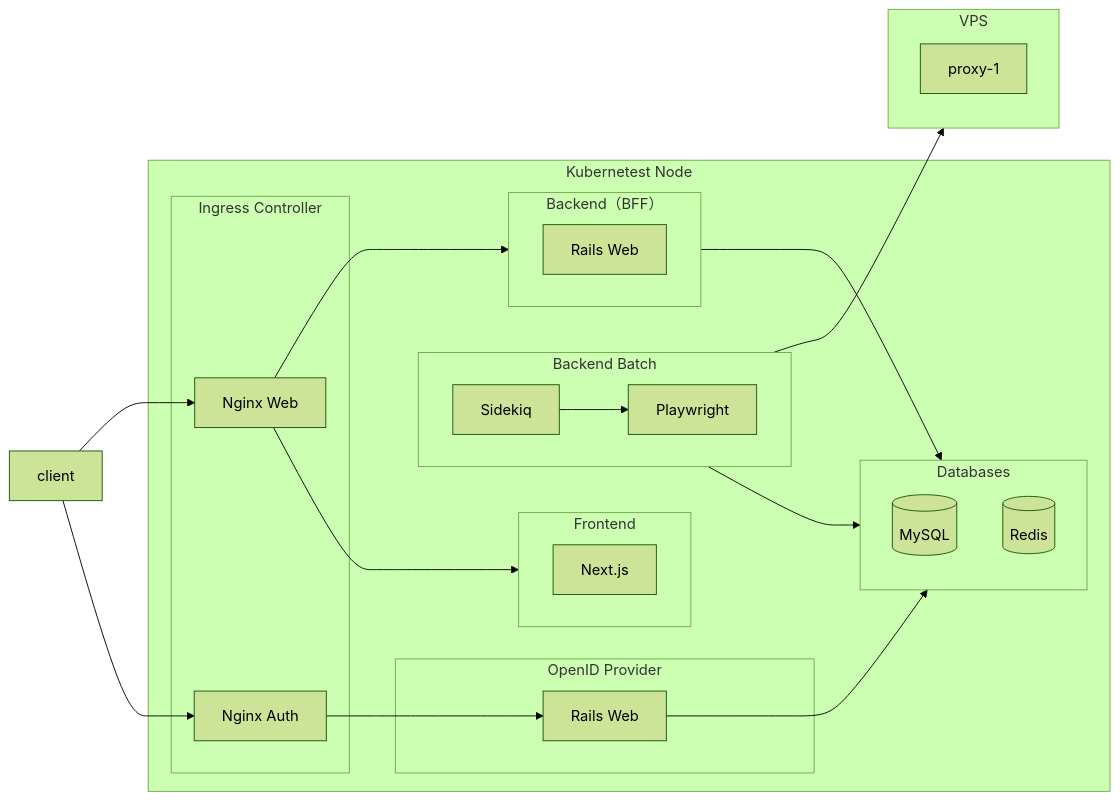
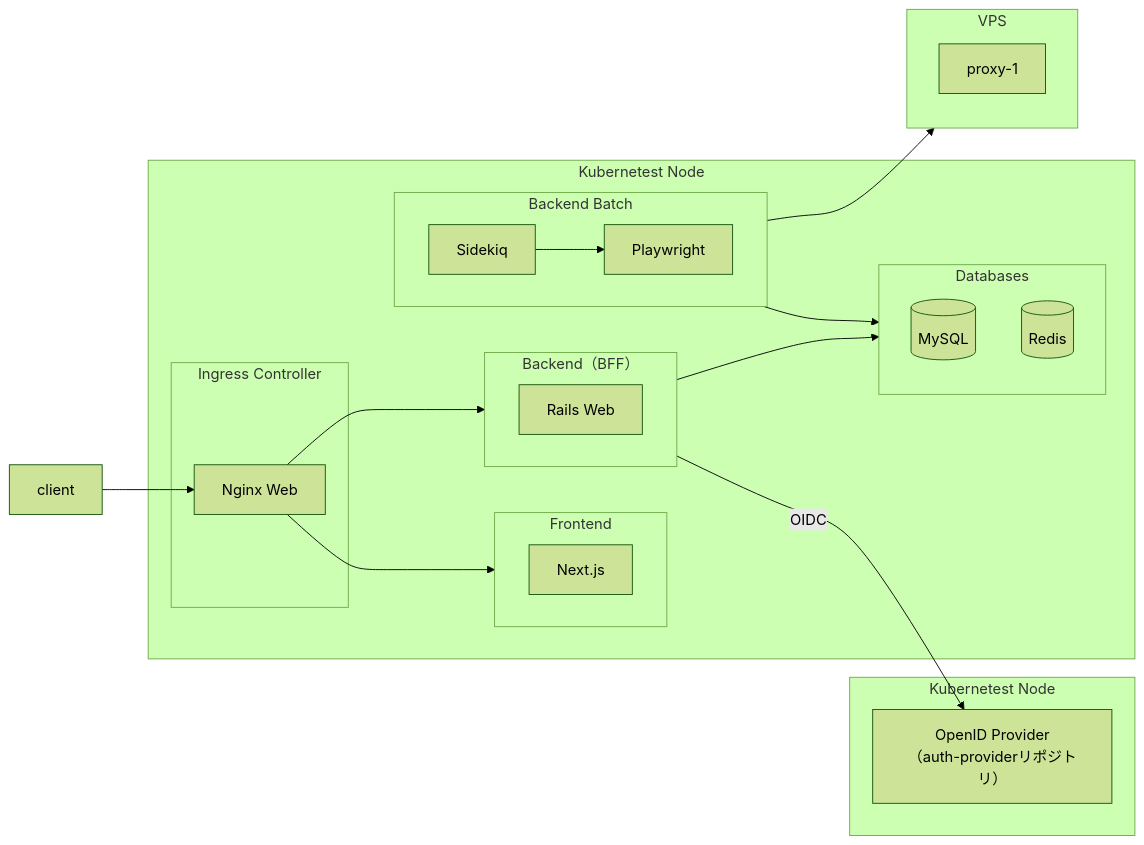
The second of 12 diagrams in README.md (kuroweb/price-monitoring), drawn with Mermaid (forest theme) before and after one commit. The commit also changed other lines of this file, not shown here.

````diff
--- a/README.md
+++ b/README.md
@@ -87,49 +85,47 @@
   ```mermaid
   flowchart LR
   subgraph Kubernetest Node
     subgraph Ingress Controller
       nginx_web[Nginx Web]
-      nginx_auth[Nginx Auth]
     end
 
     subgraph Frontend
       direction LR
 
       Next.js
     end
 
     subgraph "Backend（BFF）"
       direction LR
 
       rails[Rails Web]
     end
 
     subgraph Backend Batch
       direction LR
 
       sidekiq[Sidekiq]
       playwright[Playwright]
     end
 
-    subgraph OpenID Provider
-      rails_auth[Rails Web]
-    end
-
     subgraph Databases
       mysql[(MySQL)]
       redis[(Redis)]
     end
+  end
+
+  subgraph Kubernetest Node
+    auth_provider["OpenID Provider<br>（auth-providerリポジトリ）"]
   end
 
   subgraph VPS
     proxy-1
   end
 
   client-->nginx_web-->Next.js
-  client-->nginx_auth-->rails_auth
   nginx_web-->rails
+  rails-->|OIDC|auth_provider
   sidekiq-->playwright-->VPS
   rails-->Databases
-  rails_auth-->Databases
   sidekiq-->Databases
   ```
````
